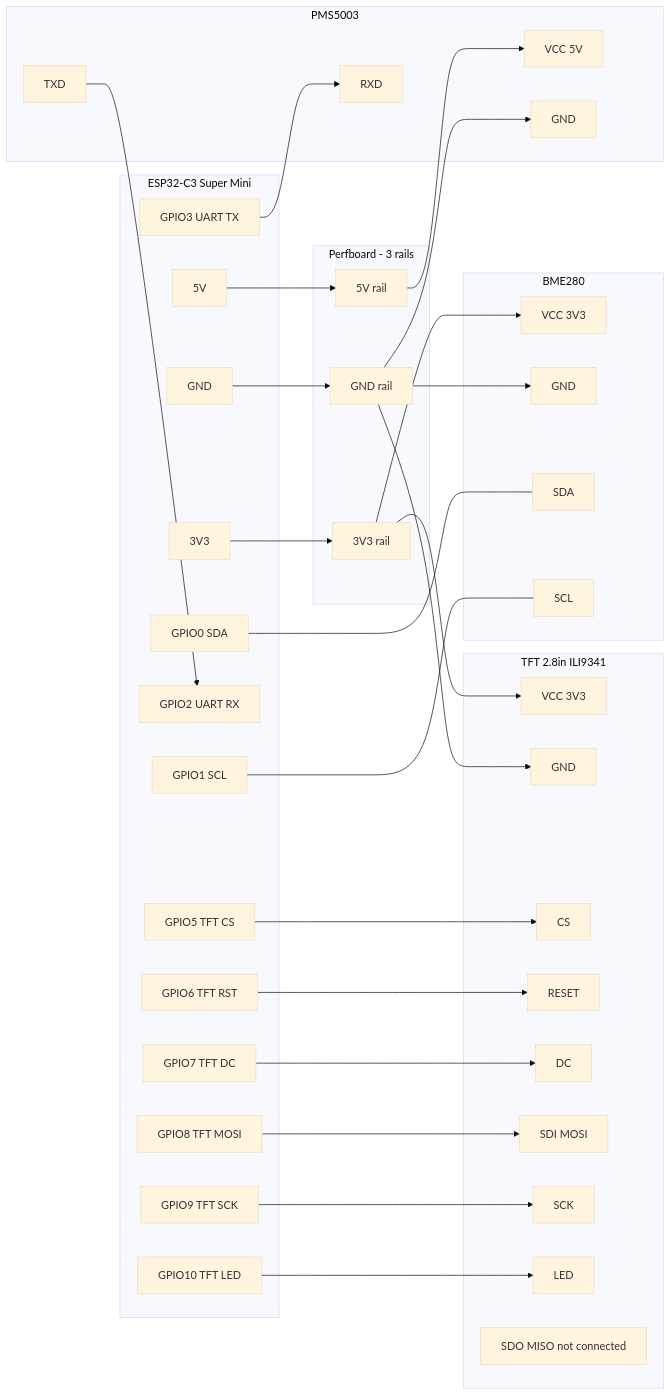
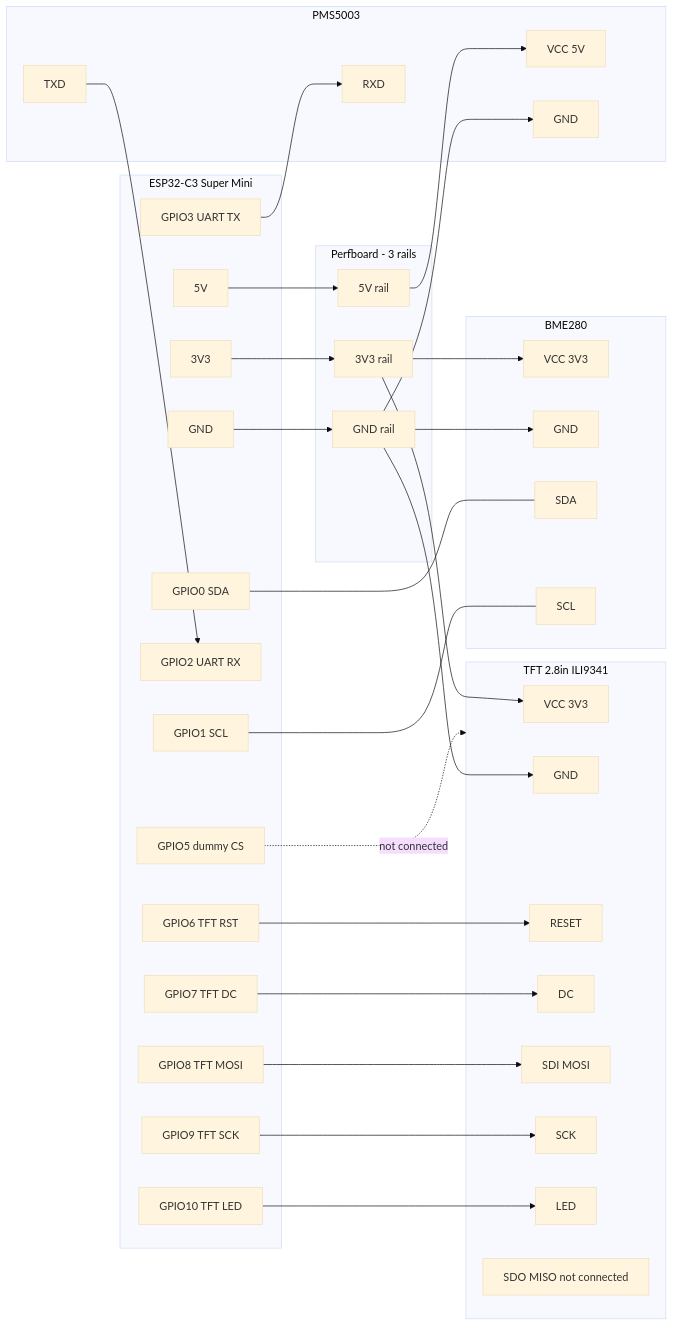
Before and after one commit to paddan/env-mon-pms5003: the diagram in README.md, drawn with Mermaid (base theme). The commit also changed other lines of this file and 7 other files, not shown here.

````diff
--- a/README.md
+++ b/README.md
@@ -34,73 +34,72 @@
 ```mermaid
 flowchart LR
   subgraph ESP32[ESP32-C3 Super Mini]
     E5V[5V]
     E33[3V3]
     EGND[GND]
     G0[GPIO0 SDA]
     G1[GPIO1 SCL]
     G2[GPIO2 UART RX]
     G3[GPIO3 UART TX]
-    G5[GPIO5 TFT CS]
+    G5[GPIO5 dummy CS]
     G6[GPIO6 TFT RST]
     G7[GPIO7 TFT DC]
     G8[GPIO8 TFT MOSI]
     G9[GPIO9 TFT SCK]
     G10[GPIO10 TFT LED]
   end
 
   subgraph HUB[Perfboard - 3 rails]
     B5[5V rail]
     B33[3V3 rail]
     BG[GND rail]
   end
 
   E5V --> B5
   E33 --> B33
   EGND --> BG
 
   subgraph PMS[PMS5003]
     PVCC[VCC 5V]
     PGND[GND]
     PTX[TXD]
     PRX[RXD]
   end
 
   B5 --> PVCC
   BG --> PGND
   PTX --> G2
   G3 --> PRX
 
   subgraph BME[BME280]
     BVCC[VCC 3V3]
     BGND[GND]
     BSDA[SDA]
     BSCL[SCL]
   end
 
   B33 --> BVCC
   BG --> BGND
   G0 --- BSDA
   G1 --- BSCL
 
   subgraph TFT[TFT 2.8in ILI9341]
     TVCC[VCC 3V3]
     TGND[GND]
-    TCS[CS]
     TRST[RESET]
     TDC[DC]
     TMOSI[SDI MOSI]
     TSCK[SCK]
     TLED[LED]
     TMISO[SDO MISO not connected]
   end
 
   B33 --> TVCC
   BG --> TGND
-  G5 --> TCS
+  G5 -. not connected .-> TFT
   G6 --> TRST
   G7 --> TDC
   G8 --> TMOSI
   G9 --> TSCK
   G10 --> TLED
 ```
````
